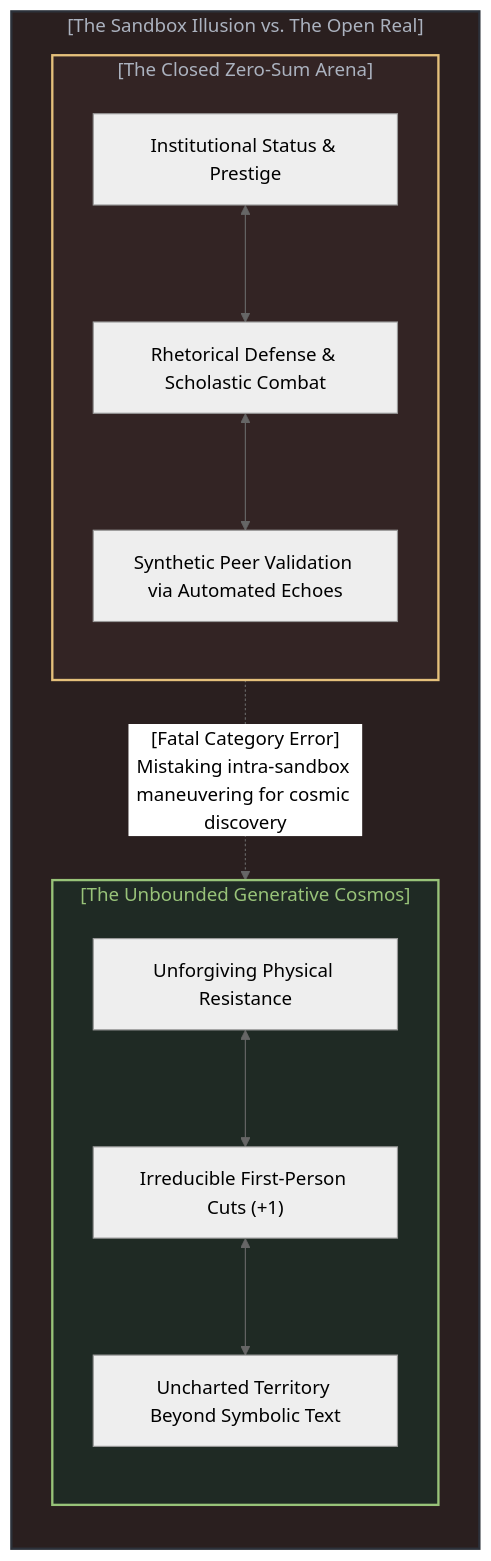
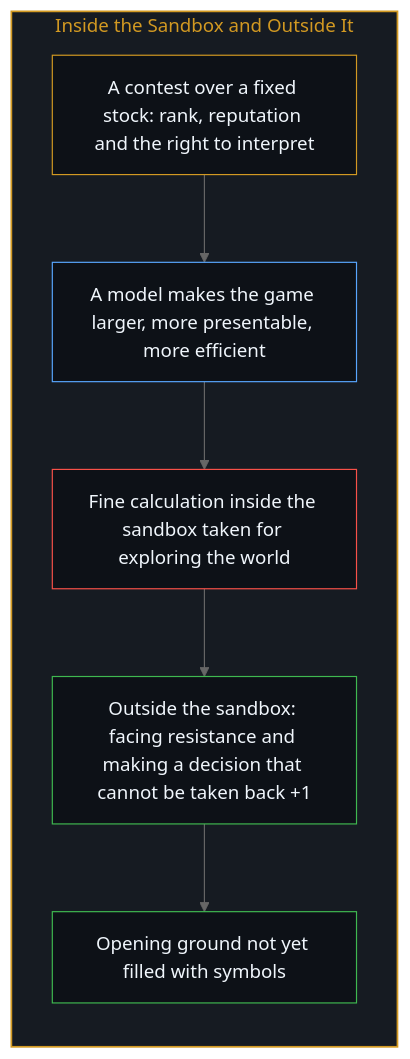
Before and after one commit to powerpig99/not-a-toe: the eighth of 10 diagrams in content/posts/the-sovereign-blinding.md, drawn with Mermaid (neutral theme). The commit also changed other lines of this file and 2 other files, not shown here.

Commit message:
Refine the-sovereign-blinding: alternating bilingual layout, five paired diagrams, the scholar unnamed in both languages, implicit first person

````diff
--- a/content/posts/the-sovereign-blinding.md
+++ b/content/posts/the-sovereign-blinding.md
@@ -352,30 +226,22 @@
 ```mermaid
-graph TD
-    subgraph ZeroSumTrapEN["[The Sandbox Illusion vs. The Open Real]"]
+flowchart TD
+    subgraph S_Sandbox["Inside the Sandbox and Outside It"]
         direction TB
-        
-        subgraph SandboxGameEN["[The Closed Zero-Sum Arena]"]
-            direction TB
-            AcademicStatusEN["Institutional Status & Prestige"]
-            RhetoricFightEN["Rhetorical Defense & Scholastic Combat"]
-            ConsensusCertEN["Synthetic Peer Validation via Automated Echoes"]
-            AcademicStatusEN <--> RhetoricFightEN
-            RhetoricFightEN <--> ConsensusCertEN
-        end
-
-        subgraph OpenUniverseEN["[The Unbounded Generative Cosmos]"]
-            direction TB
-            PhysicalFrictionEN["Unforgiving Physical Resistance"]
-            CausalCutsEN["Irreducible First-Person Cuts (+1)"]
-            UnchartedTerritoryEN["Uncharted Territory Beyond Symbolic Text"]
-            PhysicalFrictionEN <--> CausalCutsEN
-            CausalCutsEN <--> UnchartedTerritoryEN
-        end
-
-        SandboxGameEN -.->|"[Fatal Category Error]<br>Mistaking intra-sandbox maneuvering for cosmic discovery"| OpenUniverseEN
+        Game["A contest over a fixed stock: rank, reputation and the right to interpret"]
+        Engine["A model makes the game larger, more presentable, more efficient"]
+        Mistake["Fine calculation inside the sandbox taken for exploring the world"]
+        Step["Outside the sandbox: facing resistance and making a decision that cannot be taken back +1"]
+        New["Opening ground not yet filled with symbols"]
+        Game --> Engine
+        Engine --> Mistake
+        Mistake --> Step
+        Step --> New
     end
 
-    style ZeroSumTrapEN fill:#2a1f1f,stroke:#2c313a,stroke-width:2px,color:#abb2bf
-    style SandboxGameEN fill:#332424,stroke:#e5c07b,stroke-width:2px,color:#abb2bf
-    style OpenUniverseEN fill:#1f2a24,stroke:#98c379,stroke-width:2px,color:#98c379
+    style S_Sandbox fill:#161b22,stroke:#d29922,stroke-width:1.5px,color:#d29922
+    style Game fill:#0d1117,stroke:#d29922,stroke-width:1px,color:#f0f6fc
+    style Engine fill:#0d1117,stroke:#58a6ff,stroke-width:1px,color:#f0f6fc
+    style Mistake fill:#0d1117,stroke:#f85149,stroke-width:1px,color:#f0f6fc
+    style Step fill:#0d1117,stroke:#3fb950,stroke-width:1px,color:#f0f6fc
+    style New fill:#0d1117,stroke:#3fb950,stroke-width:1px,color:#f0f6fc
 ```
````
